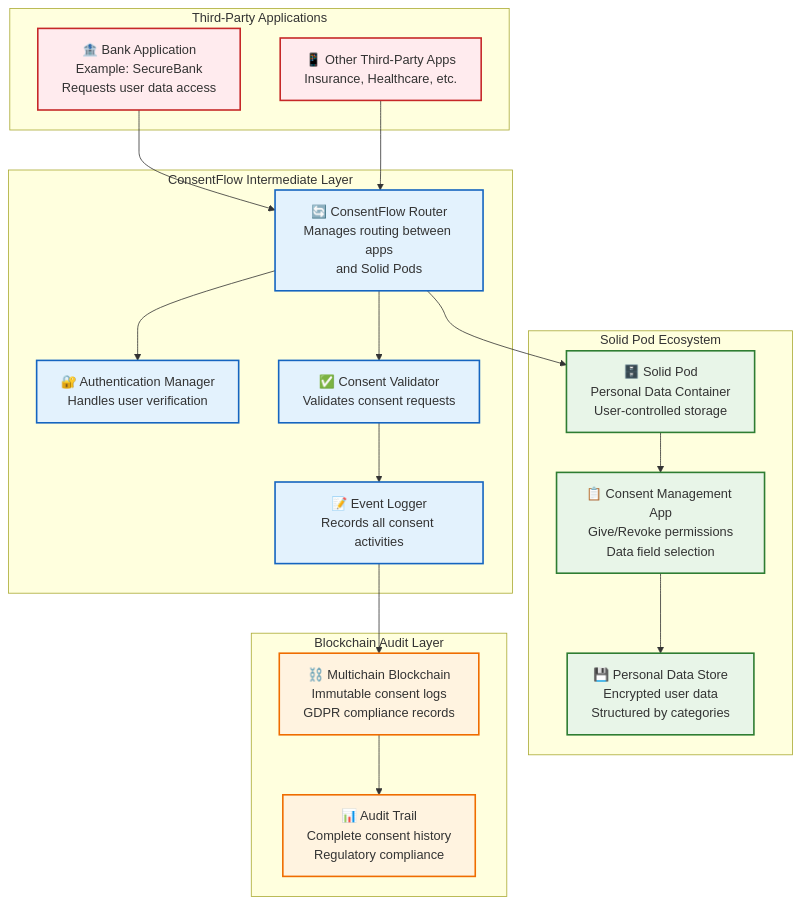
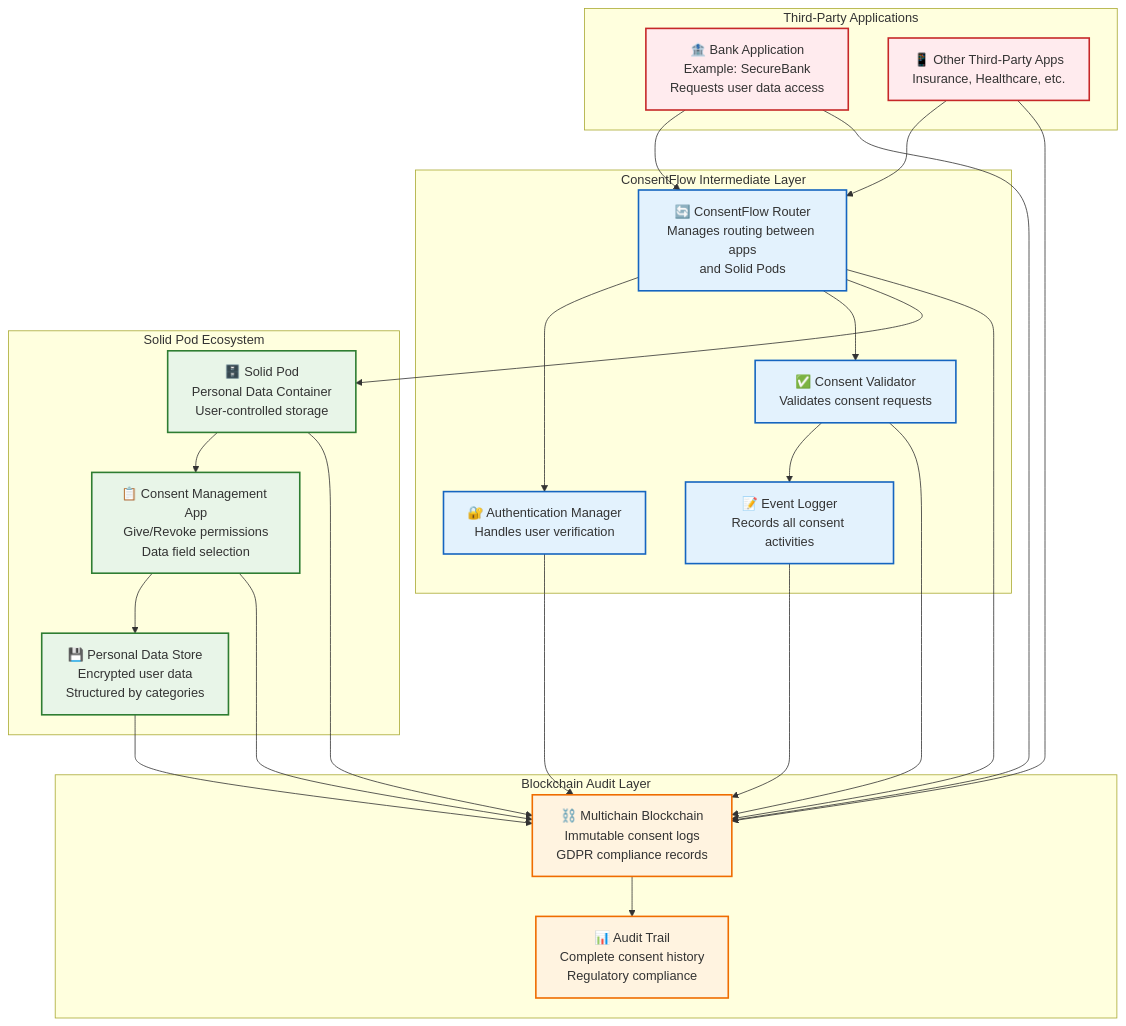
Before and after one commit to kobivan92/digital_consent: the second of 15 diagrams in README.md, drawn with Mermaid. The commit also changed other lines of this file, not shown here.

Commit message:
Enhance README.md with additional interactions for Multichain integration
- Added new arrows in the architecture diagram to represent various applications interacting with the Multichain.
- Simplified the sequence diagram by removing redundant logging events while maintaining clarity on the GDPR-compliant consent flow.

````diff
--- a/README.md
+++ b/README.md
@@ -60,46 +60,56 @@
 ```mermaid
 graph TB
     subgraph "Third-Party Applications"
         BankApp[🏦 Bank Application<br/>Example: SecureBank<br/>Requests user data access]
         OtherApps[📱 Other Third-Party Apps<br/>Insurance, Healthcare, etc.]
     end
     
     subgraph "ConsentFlow Intermediate Layer"
         ConsentRouter[🔄 ConsentFlow Router<br/>Manages routing between apps<br/>and Solid Pods]
         AuthManager[🔐 Authentication Manager<br/>Handles user verification]
         ConsentValidator[✅ Consent Validator<br/>Validates consent requests]
         EventLogger[📝 Event Logger<br/>Records all consent activities]
     end
     
     subgraph "Solid Pod Ecosystem"
         SolidPod[🗄️ Solid Pod<br/>Personal Data Container<br/>User-controlled storage]
         ConsentApp[📋 Consent Management App<br/>Give/Revoke permissions<br/>Data field selection]
         DataStore[💾 Personal Data Store<br/>Encrypted user data<br/>Structured by categories]
     end
     
     subgraph "Blockchain Audit Layer"
         Multichain[⛓️ Multichain Blockchain<br/>Immutable consent logs<br/>GDPR compliance records]
         AuditTrail[📊 Audit Trail<br/>Complete consent history<br/>Regulatory compliance]
     end
     
     BankApp --> ConsentRouter
     OtherApps --> ConsentRouter
     ConsentRouter --> AuthManager
     ConsentRouter --> ConsentValidator
     ConsentRouter --> SolidPod
     SolidPod --> ConsentApp
     ConsentApp --> DataStore
     ConsentValidator --> EventLogger
     EventLogger --> Multichain
     Multichain --> AuditTrail
     
+    %% New arrows to Blockchain Audit Layer
+    BankApp --> Multichain
+    OtherApps --> Multichain
+    ConsentRouter --> Multichain
+    AuthManager --> Multichain
+    ConsentValidator --> Multichain
+    SolidPod --> Multichain
+    ConsentApp --> Multichain
+    DataStore --> Multichain
+    
     classDef thirdParty fill:#ffebee,stroke:#c62828,stroke-width:2px
     classDef consentFlow fill:#e3f2fd,stroke:#1565c0,stroke-width:2px
     classDef solidPod fill:#e8f5e8,stroke:#2e7d32,stroke-width:2px
     classDef blockchain fill:#fff3e0,stroke:#ef6c00,stroke-width:2px
     
     class BankApp,OtherApps thirdParty
     class ConsentRouter,AuthManager,ConsentValidator,EventLogger consentFlow
     class SolidPod,ConsentApp,DataStore solidPod
     class Multichain,AuditTrail blockchain
 ```
````
